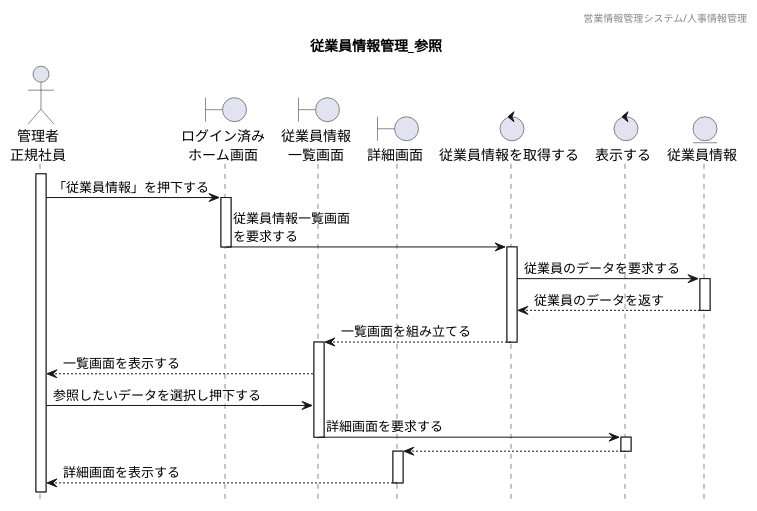
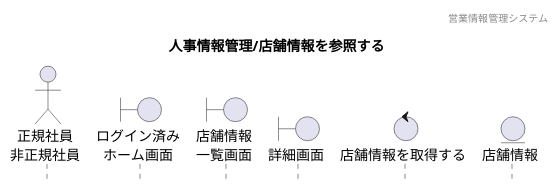
Before and after one commit to HaruShim/Sotuken: the diagram in 各種設計書/4シーケンス図/人事情報管理/2.店舗情報参照/店舗情報参照_未.plantuml, drawn with PlantUML. The commit also changed 3 other files, not shown here.

```diff
--- a/各種設計書/4シーケンス図/人事情報管理/2.店舗情報参照/店舗情報参照_未.plantuml
+++ b/各種設計書/4シーケンス図/人事情報管理/2.店舗情報参照/店舗情報参照_未.plantuml
@@ -1,53 +1,27 @@
 @startuml シーケンス図
-' 下アイコン除去
+
 hide footbox
-' ヘッダー
-header 営業情報管理システム/人事情報管理
-' タイトル
-title 従業員情報管理_参照
+header 営業情報管理システム
+title 人事情報管理/店舗情報を参照する
 
 
-' アイコン
-actor "管理者\n正規社員" as Act
-boundary "ログイン済み\nホーム画面" as HomeSc
-boundary "従業員情報\n一覧画面" as StaffListSc
-boundary "詳細画面" as StaffSc
-control "従業員情報を取得する" as StaffCl
-control "表示する" as ScCl
-entity "従業員情報" as StaffDB
+' actor "" as 
+actor "正規社員\n非正規社員" as a1
+
+' boundary "" as 
+boundary "ログイン済み\nホーム画面" as b1
+boundary "店舗情報\n一覧画面" as b2
+boundary "詳細画面" as b3
+
+' control "" as 
+control "店舗情報を取得する" as c1
+
+' entity "" as
+entity "店舗情報" as e1
 
 
-
-' ログイン済みホーム画面から一覧表示までのシーケンス
-activate Act
-Act -> HomeSc : 「従業員情報」を押下する
-activate HomeSc
-HomeSc -> StaffCl : 従業員情報一覧画面\nを要求する
-deactivate
-activate StaffCl
-
-StaffCl -> StaffDB : 従業員のデータを要求する
-activate StaffDB
-StaffCl <-- StaffDB : 従業員のデータを返す
-deactivate
-StaffListSc <-- StaffCl : 一覧画面を組み立てる
-deactivate
-activate StaffListSc
-Act <-- StaffListSc : 一覧画面を表示する
-
-
-' 詳細画面表示までのシーケンス
-Act -> StaffListSc : 参照したいデータを選択し押下する
-StaffListSc -> ScCl : 詳細画面を要求する
-deactivate
-activate ScCl
-StaffSc <-- ScCl
-deactivate
-activate StaffSc
-Act <-- StaffSc : 詳細画面を表示する
-deactivate
 
 
 
 
 @enduml
```
